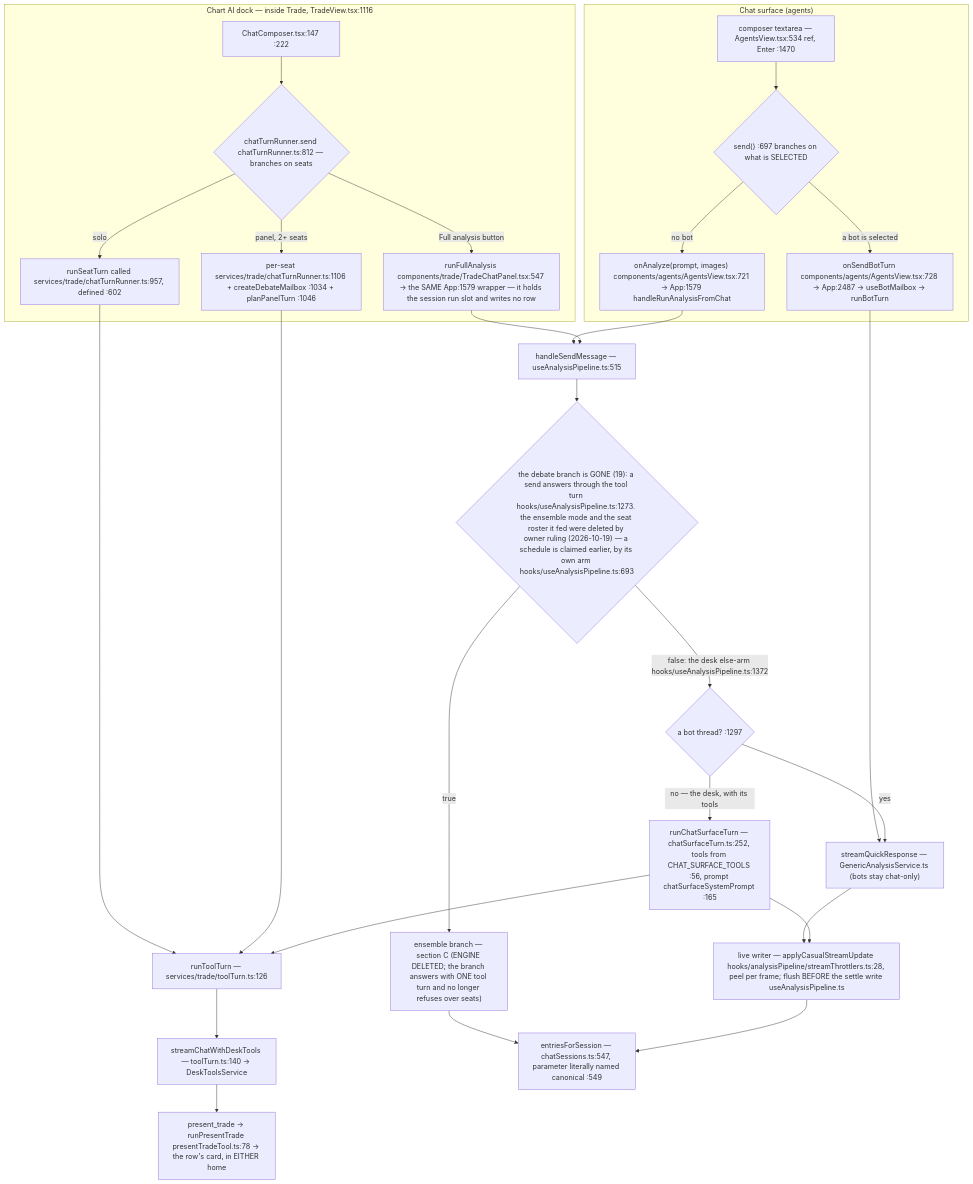
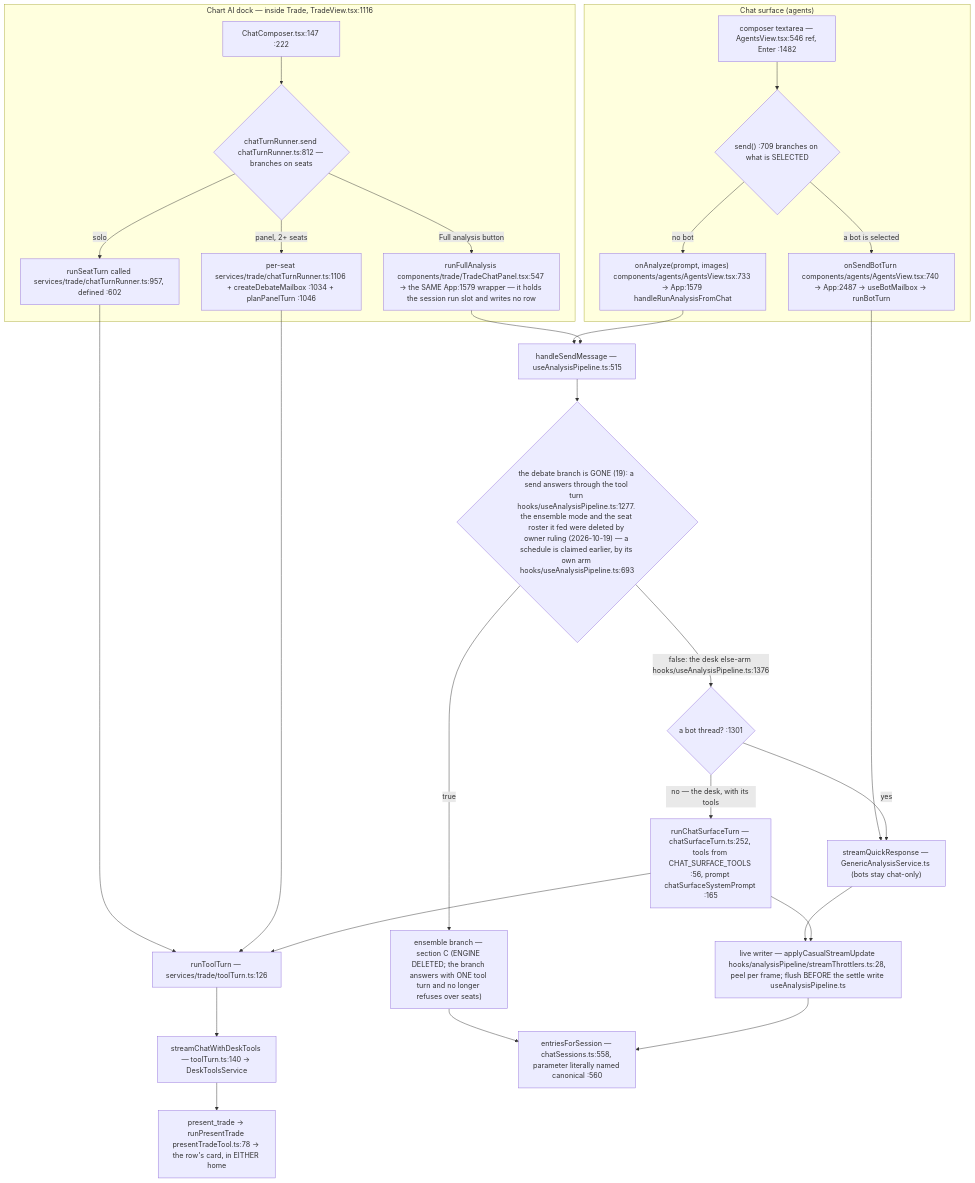
The second of 7 diagrams in docs/app-flow.md (Acepay25/august-3.5), drawn with Mermaid before and after one commit. The commit also changed other lines of this file and 11 other files, not shown here.

````diff
--- a/docs/app-flow.md
+++ b/docs/app-flow.md
@@ -61,31 +61,31 @@
 ```mermaid
 flowchart TD
     subgraph CHAT["Chat surface (agents)"]
-        CB["composer textarea — AgentsView.tsx:534 ref, Enter :1470"] --> D1{"send() :697 branches on what is SELECTED"}
-        D1 -->|a bot is selected| BOT["onSendBotTurn components/agents/AgentsView.tsx:728 → App:2487 → useBotMailbox → runBotTurn"]
-        D1 -->|no bot| AN["onAnalyze(prompt, images) components/agents/AgentsView.tsx:721 → App:1579 handleRunAnalysisFromChat"]
+        CB["composer textarea — AgentsView.tsx:546 ref, Enter :1482"] --> D1{"send() :709 branches on what is SELECTED"}
+        D1 -->|a bot is selected| BOT["onSendBotTurn components/agents/AgentsView.tsx:740 → App:2487 → useBotMailbox → runBotTurn"]
+        D1 -->|no bot| AN["onAnalyze(prompt, images) components/agents/AgentsView.tsx:733 → App:1579 handleRunAnalysisFromChat"]
     end
     subgraph DOCK["Chart AI dock — inside Trade, TradeView.tsx:1116"]
         DC["ChatComposer.tsx:147 :222"] --> D2{"chatTurnRunner.send chatTurnRunner.ts:812 — branches on seats"}
         D2 -->|solo| SO["runSeatTurn called services/trade/chatTurnRunner.ts:957, defined :602"]
         D2 -->|panel, 2+ seats| PN["per-seat services/trade/chatTurnRunner.ts:1106 + createDebateMailbox :1034 + planPanelTurn :1046"]
         D2 -->|Full analysis button| FA["runFullAnalysis components/trade/TradeChatPanel.tsx:547 → the SAME App:1579 wrapper — it holds the session run slot and writes no row"]
     end
     SO --> TT["runToolTurn — services/trade/toolTurn.ts:126"]
     PN --> TT
     TT --> SCDT["streamChatWithDeskTools — toolTurn.ts:140 → DeskToolsService"]
     BOT --> TR["streamQuickResponse — GenericAnalysisService.ts (bots stay chat-only)"]
     AN --> HSM["handleSendMessage — useAnalysisPipeline.ts:515"]
     FA --> HSM
-    HSM --> D3{"the debate branch is GONE (19): a send answers through the tool turn hooks/useAnalysisPipeline.ts:1273. the ensemble mode and the seat roster it fed were deleted by owner ruling (2026-10-19) — a schedule is claimed earlier, by its own arm hooks/useAnalysisPipeline.ts:693"}
+    HSM --> D3{"the debate branch is GONE (19): a send answers through the tool turn hooks/useAnalysisPipeline.ts:1277. the ensemble mode and the seat roster it fed were deleted by owner ruling (2026-10-19) — a schedule is claimed earlier, by its own arm hooks/useAnalysisPipeline.ts:693"}
     D3 -->|true| ENS["ensemble branch — section C (ENGINE DELETED; the branch answers with ONE tool turn and no longer refuses over seats)"]
-    D3 -->|false: the desk else-arm hooks/useAnalysisPipeline.ts:1372| SPLIT{"a bot thread? :1297"}
+    D3 -->|false: the desk else-arm hooks/useAnalysisPipeline.ts:1376| SPLIT{"a bot thread? :1301"}
     SPLIT -->|yes| TR
     SPLIT -->|no — the desk, with its tools| CST["runChatSurfaceTurn — chatSurfaceTurn.ts:252, tools from CHAT_SURFACE_TOOLS :56, prompt chatSurfaceSystemPrompt :165"]
     CST --> TT
     TR --> LW["live writer — applyCasualStreamUpdate hooks/analysisPipeline/streamThrottlers.ts:28, peel per frame; flush BEFORE the settle write useAnalysisPipeline.ts"]
     CST --> LW
     ENS --> MERGE
-    LW --> MERGE["entriesForSession — chatSessions.ts:547, parameter literally named canonical :549"]
+    LW --> MERGE["entriesForSession — chatSessions.ts:558, parameter literally named canonical :560"]
     SCDT --> PT["present_trade → runPresentTrade presentTradeTool.ts:78 → the row's card, in EITHER home"]
 ```
````
